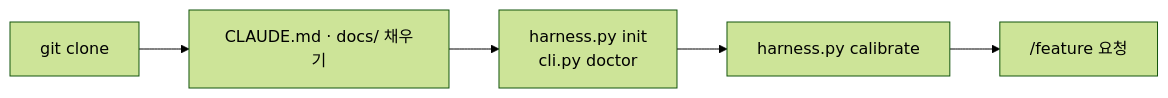
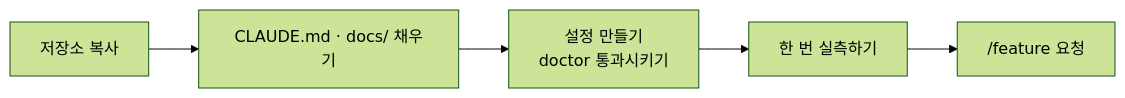
The first of 2 diagrams in README.md (hyuham1335-stack/banana-island-ops), drawn with Mermaid (forest theme) before and after one commit. The commit also changed other lines of this file, not shown here.

````diff
--- a/README.md
+++ b/README.md
@@ -27,7 +62,7 @@
 ```mermaid
 flowchart LR
-    C["git clone"] --> D["CLAUDE.md · docs/ 채우기"]
-    D --> I["harness.py init<br/>cli.py doctor"]
-    I --> K["harness.py calibrate"]
+    C["저장소 복사"] --> D["CLAUDE.md · docs/ 채우기"]
+    D --> I["설정 만들기<br/>doctor 통과시키기"]
+    I --> K["한 번 실측하기"]
     K --> R["/feature 요청"]
 ```
````
